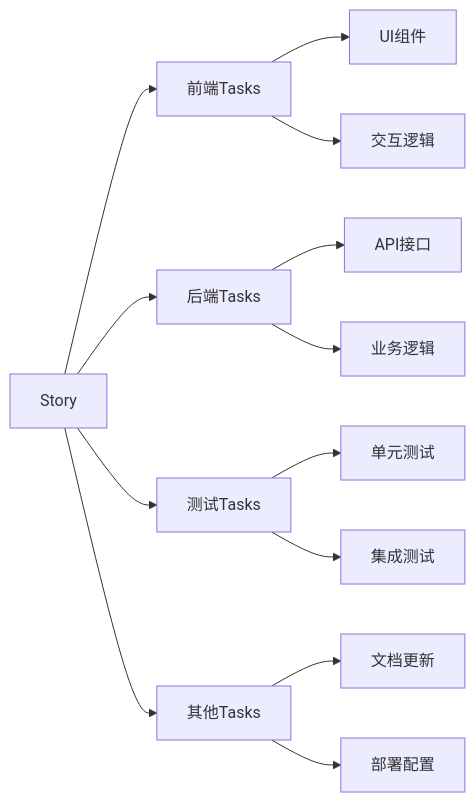
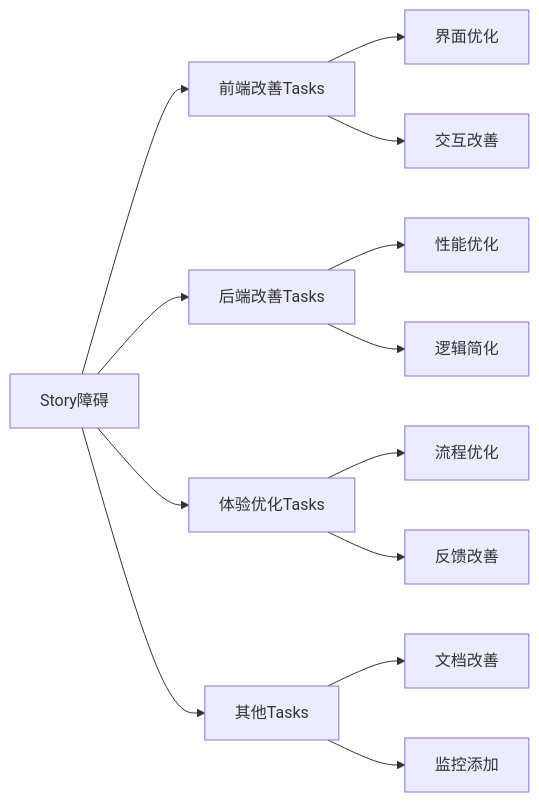
One commit to yuyuan-cs/PromptX changed the third of 3 diagrams in domain/scrum/execution/story-best-practice.execution.md. Above: the diagram before and after it, drawn with Mermaid. The commit also changed other lines of this file and 8 other files, not shown here.

````diff
--- a/domain/scrum/execution/story-best-practice.execution.md
+++ b/domain/scrum/execution/story-best-practice.execution.md
@@ -82,16 +263,16 @@
     ```mermaid
     flowchart LR
-      A[Story] --> B[前端Tasks]
-      A --> C[后端Tasks]
-      A --> D[测试Tasks]
+      A[Story障碍] --> B[前端改善Tasks]
+      A --> C[后端改善Tasks]
+      A --> D[体验优化Tasks]
       A --> E[其他Tasks]
       
-      B --> B1[UI组件]
-      B --> B2[交互逻辑]
-      C --> C1[API接口]
-      C --> C2[业务逻辑]
-      D --> D1[单元测试]
-      D --> D2[集成测试]
-      E --> E1[文档更新]
-      E --> E2[部署配置]
+      B --> B1[界面优化]
+      B --> B2[交互改善]
+      C --> C1[性能优化]
+      C --> C2[逻辑简化]
+      D --> D1[流程优化]
+      D --> D2[反馈改善]
+      E --> E1[文档改善]
+      E --> E2[监控添加]
     ```
````
